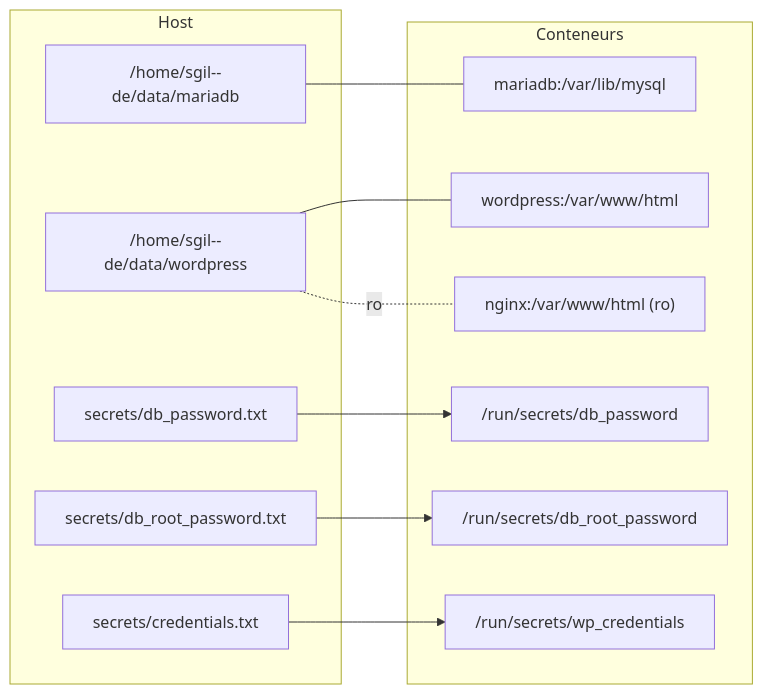
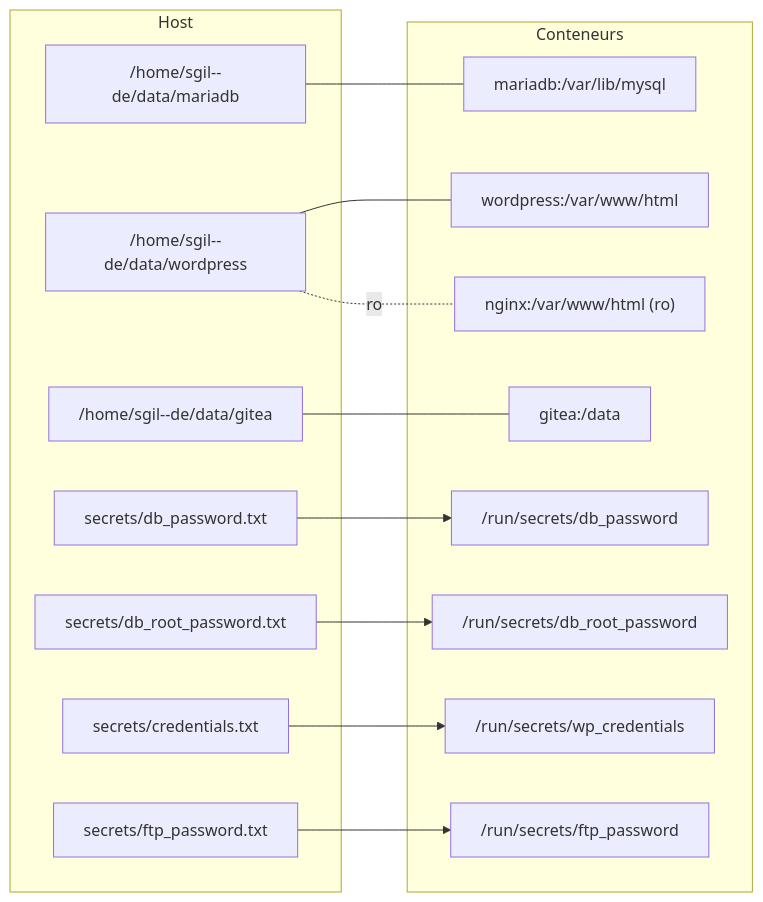
One commit to AstarophTY/inception changed the fourth of 5 diagrams in RAPPORT.md. Above: the diagram before and after it, drawn with Mermaid. The commit also changed other lines of this file and 13 other files, not shown here.

````diff
--- a/RAPPORT.md
+++ b/RAPPORT.md
@@ -141,24 +168,30 @@
 ```mermaid
 flowchart LR
-    subgraph Host
-        H1["/home/sgil--de/data/mariadb"]
-        H2["/home/sgil--de/data/wordpress"]
-        F1["secrets/db_password.txt"]
-        F2["secrets/db_root_password.txt"]
-        F3["secrets/credentials.txt"]
-    end
-    subgraph Conteneurs
-        C1["mariadb:/var/lib/mysql"]
-        C2["wordpress:/var/www/html"]
-        C3["nginx:/var/www/html (ro)"]
-        S1["/run/secrets/db_password"]
-        S2["/run/secrets/db_root_password"]
-        S3["/run/secrets/wp_credentials"]
-    end
-    H1 --- C1
-    H2 --- C2
-    H2 -. ro .- C3
-    F1 --> S1
-    F2 --> S2
-    F3 --> S3
+  subgraph Host
+    H1["/home/sgil--de/data/mariadb"]
+    H2["/home/sgil--de/data/wordpress"]
+    H3["/home/sgil--de/data/gitea"]
+    F1["secrets/db_password.txt"]
+    F2["secrets/db_root_password.txt"]
+    F3["secrets/credentials.txt"]
+    F4["secrets/ftp_password.txt"]
+  end
+  subgraph Conteneurs
+    C1["mariadb:/var/lib/mysql"]
+    C2["wordpress:/var/www/html"]
+    C3["nginx:/var/www/html (ro)"]
+    C4["gitea:/data"]
+    S1["/run/secrets/db_password"]
+    S2["/run/secrets/db_root_password"]
+    S3["/run/secrets/wp_credentials"]
+    S4["/run/secrets/ftp_password"]
+  end
+  H1 --- C1
+  H2 --- C2
+  H3 --- C4
+  H2 -. ro .- C3
+  F1 --> S1
+  F2 --> S2
+  F3 --> S3
+  F4 --> S4
 ```
````
